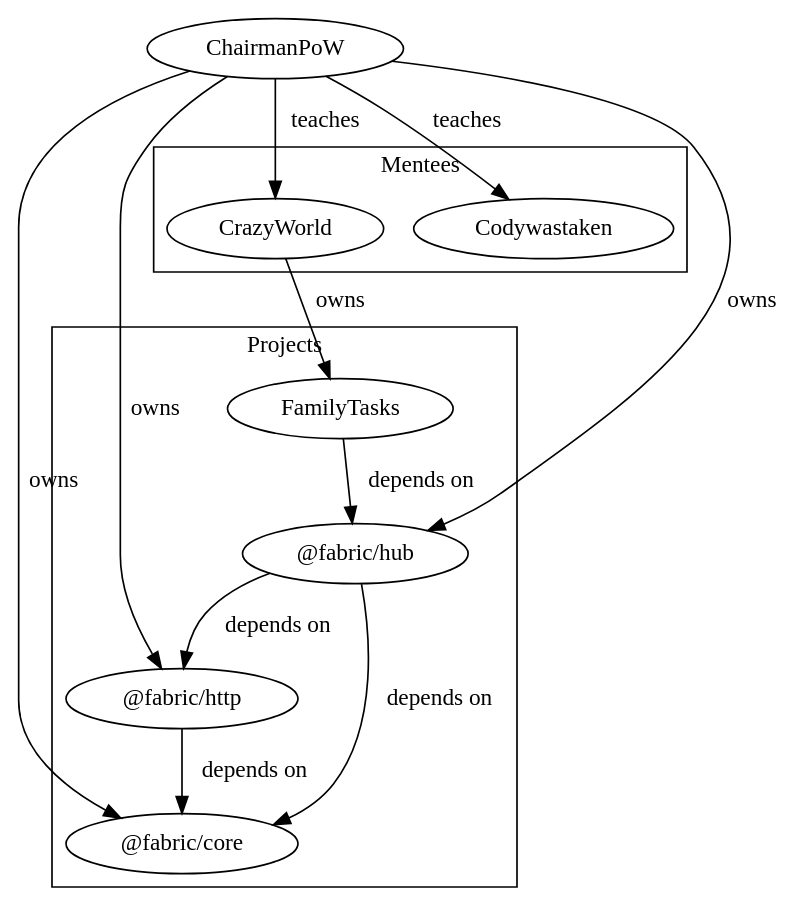
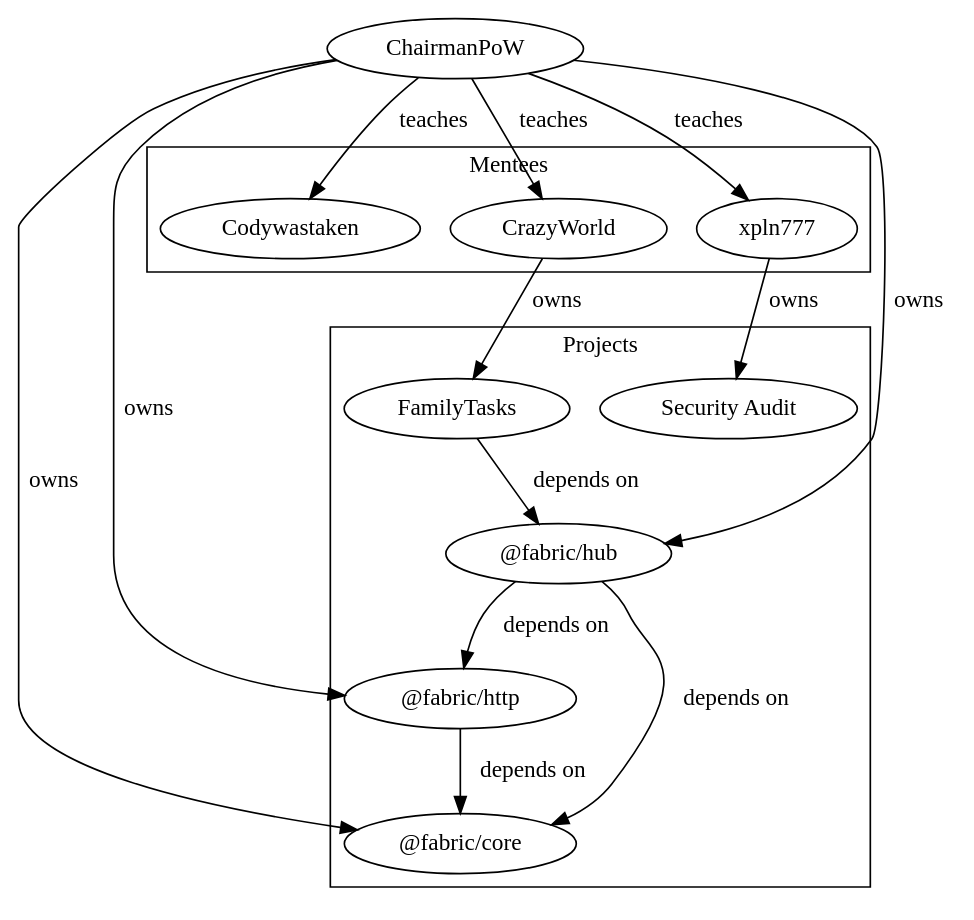
One commit to CrazyWorld-Goon/FamilyTasks changed the diagram in contracts/meta.dot. Above: the diagram before and after it, drawn with Graphviz. The commit also changed 8 other files, not shown here.

```diff
--- a/contracts/meta.dot
+++ b/contracts/meta.dot
@@ -1,31 +1,35 @@
 digraph Meta {
   "ChairmanPoW" -> {
     "Codywastaken"
     "CrazyWorld"
+    "xpln777"
   } [label=" teaches"]
 
   subgraph cluster_mentees {
     label = "Mentees";
     "Codywastaken"
     "CrazyWorld"
+    "xpln777"
   }
 
   subgraph cluster_projects {
     label = "Projects";
     "@fabric/core"
     "@fabric/http"
     "@fabric/hub"
     "FamilyTasks"
+    "Security Audit"
   }
 
   "CrazyWorld" -> "FamilyTasks" [label=" owns"]
   "ChairmanPoW" -> "@fabric/core" [label=" owns"]
   "ChairmanPoW" -> "@fabric/http" [label=" owns"]
   "ChairmanPoW" -> "@fabric/hub" [label=" owns"]
+  "xpln777" -> "Security Audit" [label=" owns"]
 
   "@fabric/hub" -> "@fabric/http" [label=" depends on"]
   "@fabric/hub" -> "@fabric/core" [label=" depends on"]
   "@fabric/http" -> "@fabric/core" [label=" depends on"]
 
   "FamilyTasks" -> "@fabric/hub" [label=" depends on"]
 }
```
